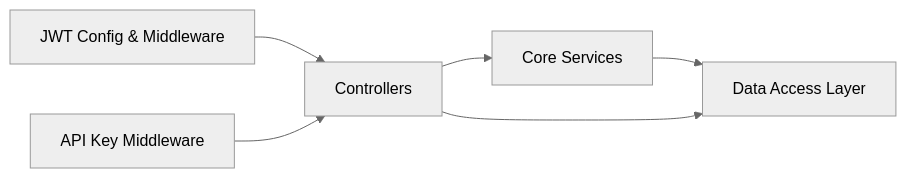
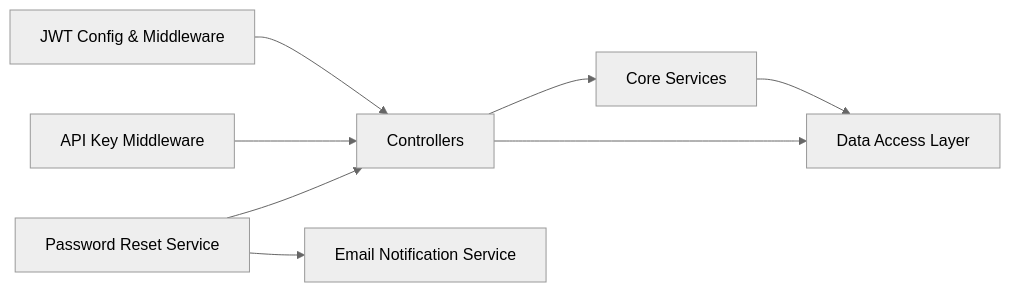
The tenth of 10 diagrams in .qoder/repowiki/en/content/API Contracts and Integration/Authentication and Security.md (lamhongbac/NonCash), drawn with Mermaid (neutral theme) before and after one commit. The commit also changed other lines of this file and 32 other files, not shown here.

````diff
--- a/.qoder/repowiki/en/content/API Contracts and Integration/Authentication and Security.md
+++ b/.qoder/repowiki/en/content/API Contracts and Integration/Authentication and Security.md
@@ -293,8 +435,10 @@
 ```mermaid
 graph LR
 JWT["JWT Config & Middleware"] --> Controllers["Controllers"]
 APIKey["API Key Middleware"] --> Controllers
+PasswordReset["Password Reset Service"] --> Controllers
 Controllers --> Core["Core Services"]
 Core --> DAL["Data Access Layer"]
 Controllers --> DAL
+PasswordReset --> Email["Email Notification Service"]
 ```
````
